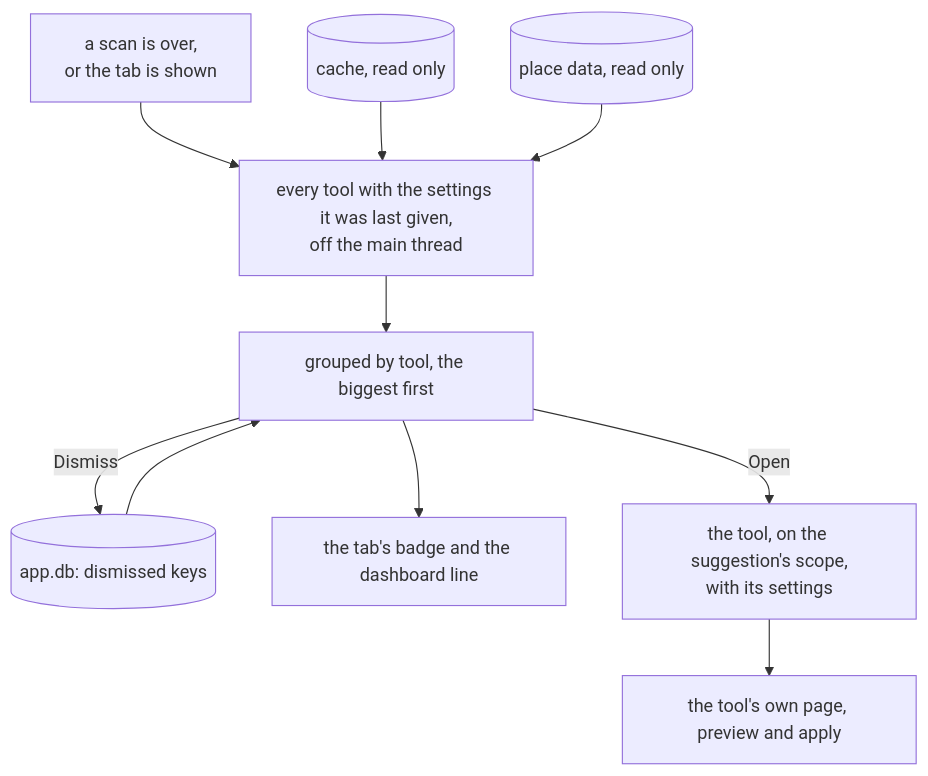
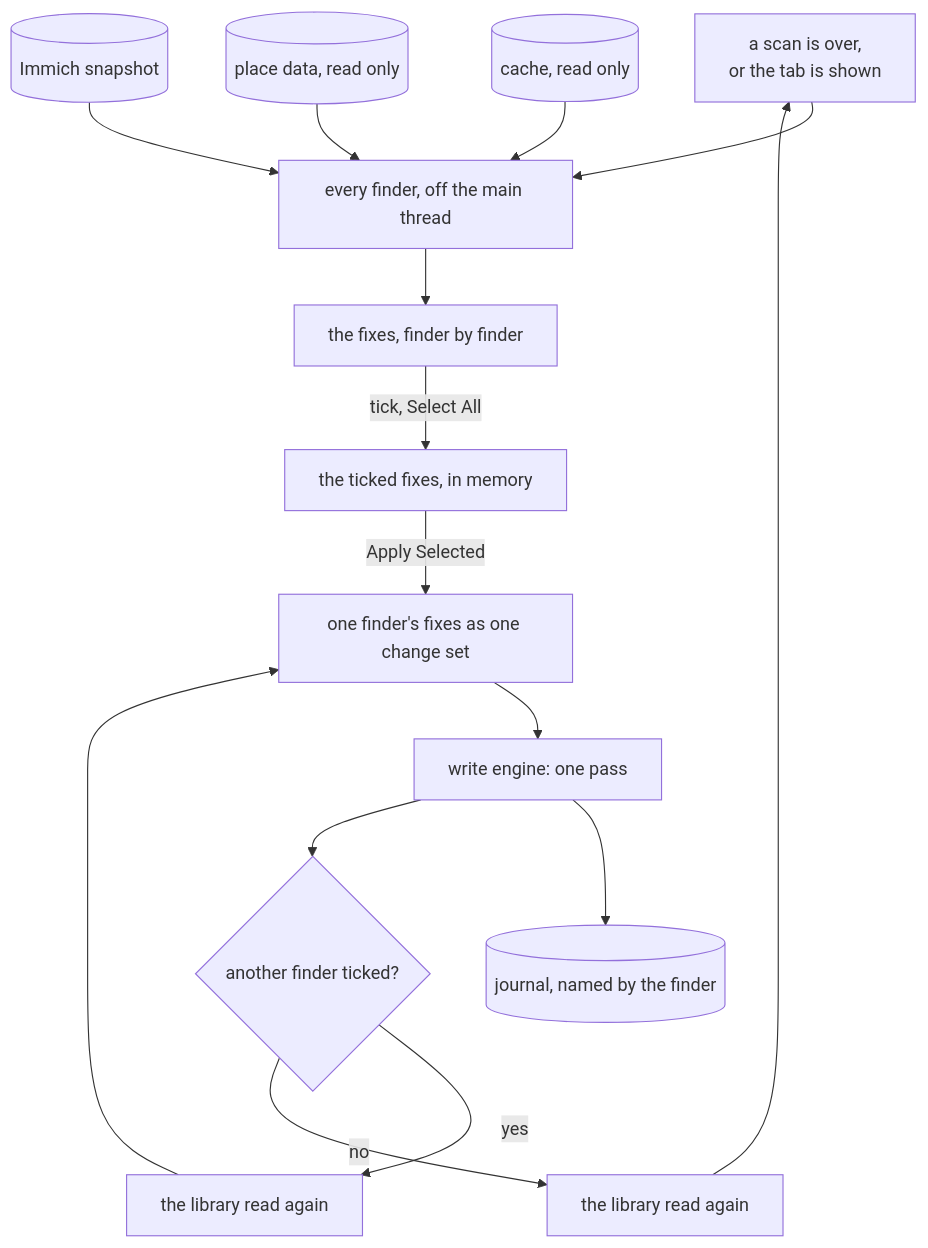
One commit to xuedi/photoManager changed the diagram in docs/suggestions.md. Above: the diagram before and after it, drawn with Mermaid. The commit also changed other lines of this file and 6 other files, not shown here.

Commit message:
write down the fixes and the edits

````diff
--- a/docs/suggestions.md
+++ b/docs/suggestions.md
@@ -29,12 +43,15 @@
 ```mermaid
 flowchart TD
-    trigger[a scan is over,<br/>or the tab is shown] --> ask[every tool with the settings it was last given,<br/>off the main thread]
-    cache[(cache, read only)] --> ask
-    geo[(place data, read only)] --> ask
-    ask --> list[grouped by tool, the biggest first]
-    dismissed[(app.db: dismissed keys)] --> list
-    list --> badge[the tab's badge and the dashboard line]
-    list -- Open --> tool[the tool, on the suggestion's scope,<br/>with its settings]
-    tool --> preview[the tool's own page, preview and apply]
-    list -- Dismiss --> dismissed
+    trigger[a scan is over,<br/>or the tab is shown] --> find[every finder, off the main thread]
+    cache[(cache, read only)] --> find
+    geo[(place data, read only)] --> find
+    snap[(Immich snapshot)] --> find
+    find --> list[the fixes, finder by finder]
+    list -- tick, Select All --> ticked[the ticked fixes, in memory]
+    ticked -- Apply Selected --> pass[one finder's fixes as one change set]
+    pass --> engine[write engine: one pass]
+    engine --> journal[(journal, named by the finder)]
+    engine --> again{another finder ticked?}
+    again -- yes --> scan[the library read again] --> pass
+    again -- no --> read[the library read again] --> trigger
 ```
````
